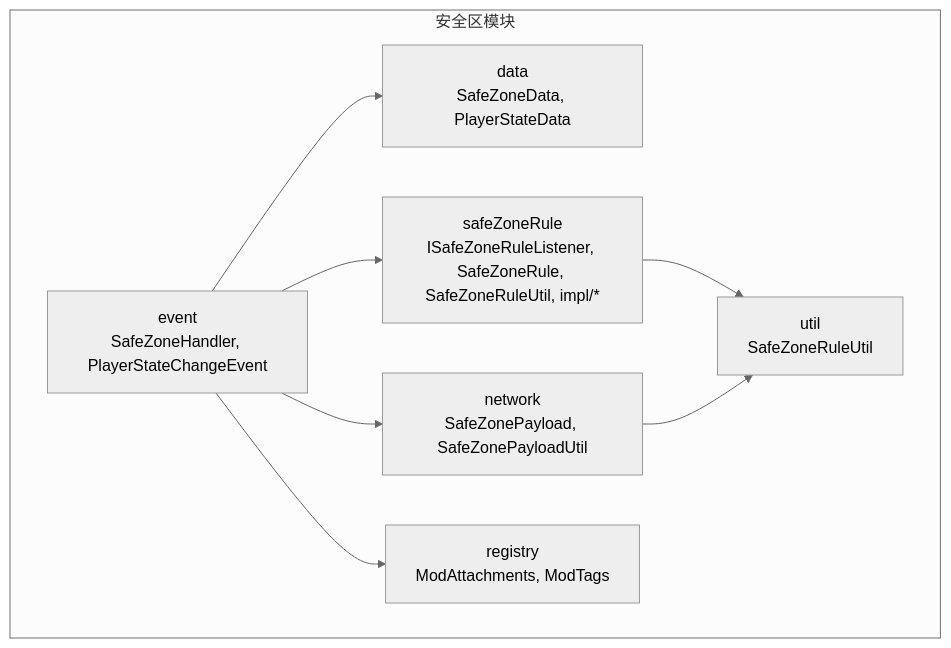
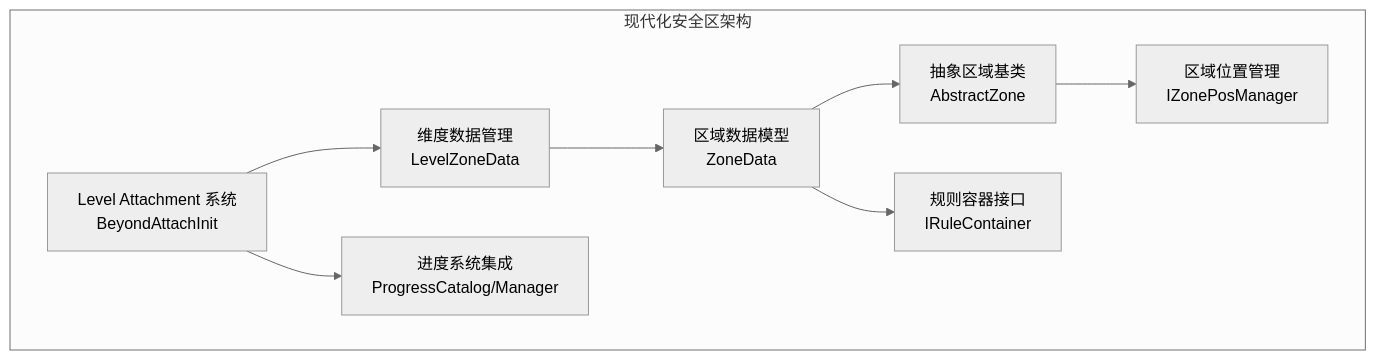
The first of 6 diagrams in .qoder/repowiki/zh/content/API参考文档/安全区API接口.md (Ver-shift/SubModulesGeneHunter), drawn with Mermaid (neutral theme) before and after one commit. The commit also changed other lines of this file and 42 other files, not shown here.

````diff
--- a/.qoder/repowiki/zh/content/API参考文档/安全区API接口.md
+++ b/.qoder/repowiki/zh/content/API参考文档/安全区API接口.md
@@ -52,17 +54,18 @@
 ```mermaid
 graph TB
-subgraph "安全区模块"
-A["data<br/>SafeZoneData, PlayerStateData"]
-B["event<br/>SafeZoneHandler, PlayerStateChangeEvent"]
-C["network<br/>SafeZonePayload, SafeZonePayloadUtil"]
-D["safeZoneRule<br/>ISafeZoneRuleListener, SafeZoneRule, SafeZoneRuleUtil, impl/*"]
-E["registry<br/>ModAttachments, ModTags"]
-F["util<br/>SafeZoneRuleUtil"]
+subgraph "现代化安全区架构"
+A["Level Attachment 系统<br/>BeyondAttachInit"]
+B["维度数据管理<br/>LevelZoneData"]
+C["区域数据模型<br/>ZoneData"]
+D["抽象区域基类<br/>AbstractZone"]
+E["规则容器接口<br/>IRuleContainer"]
+F["区域位置管理<br/>IZonePosManager"]
+G["进度系统集成<br/>ProgressCatalog/Manager"]
 end
+A --> B
+B --> C
+C --> D
+C --> E
 D --> F
-B --> A
-B --> C
-B --> D
-B --> E
-C --> F
+A --> G
 ```
````
